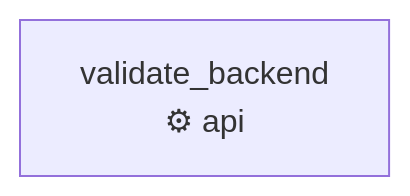
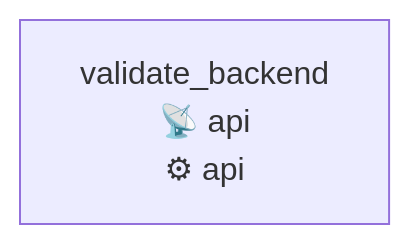
Before and after one commit to jeffersonmachado/r-agent2: the diagram in docs/diagrams/qa-waves/journey-fitness-fitness_customer_checkin-cap_access_decision.md, drawn with Mermaid. The commit also changed other lines of this file and 74 other files, not shown here.

First line of the commit message:
docs(qa-waves): roteiros de jornada + diagramas + status de plataforma

````diff
--- a/docs/diagrams/qa-waves/journey-fitness-fitness_customer_checkin-cap_access_decision.md
+++ b/docs/diagrams/qa-waves/journey-fitness-fitness_customer_checkin-cap_access_decision.md
@@ -5,5 +5,5 @@
 ```mermaid
 flowchart LR
-    step_cap_access_decision_1["validate_backend\n⚙ api"]
+    step_cap_access_decision_1["validate_backend\n📡 api\n⚙ api"]
 
 ```
````
